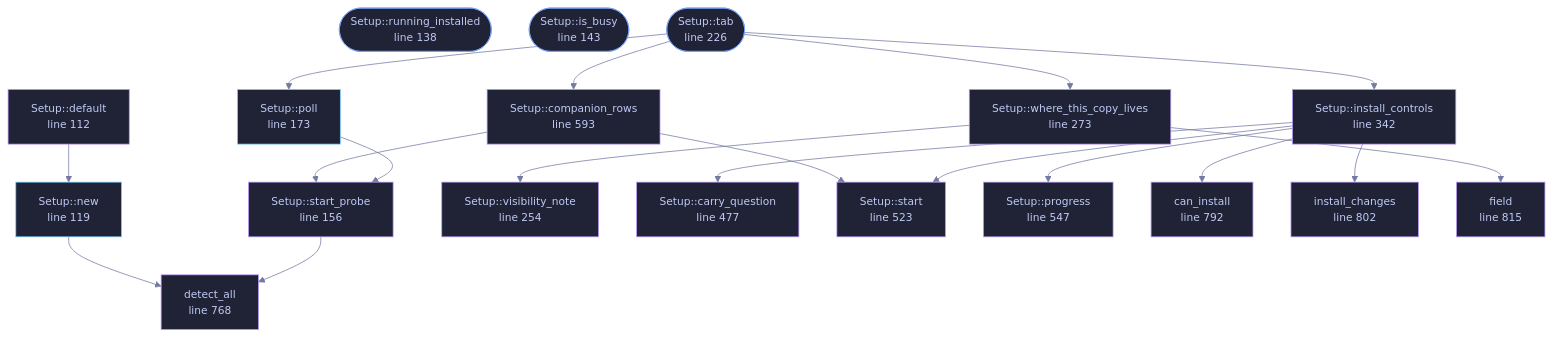
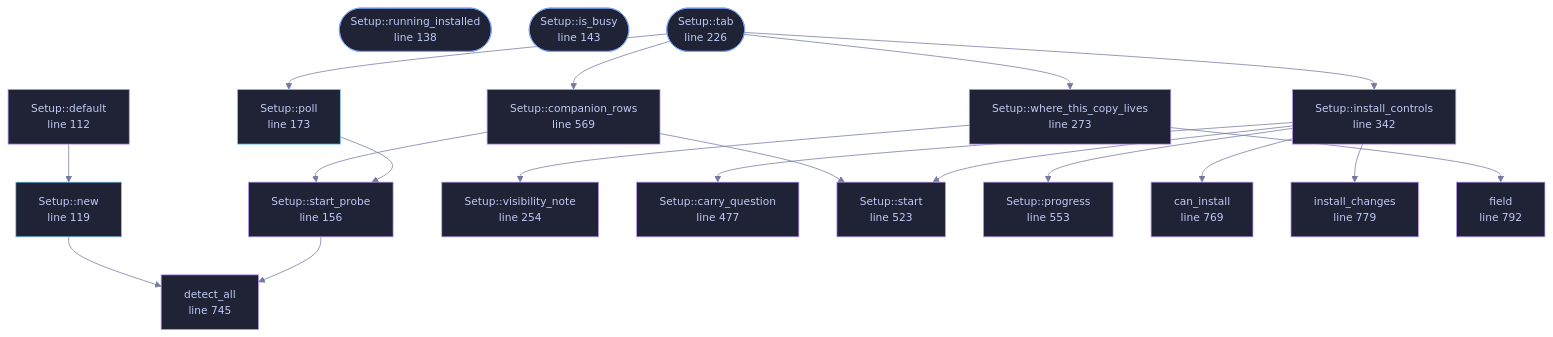
Before and after one commit to tilas01/veilvoice: the diagram in docs/files/veilvoice-gui/setup.md, drawn with Mermaid. The commit also changed other lines of this file and 92 other files, not shown here.

````diff
--- a/docs/files/veilvoice-gui/setup.md
+++ b/docs/files/veilvoice-gui/setup.md
@@ -113,63 +113,63 @@
 ```mermaid
 %%{init: {"theme":"base","themeVariables":{"background":"#1a1b26","primaryColor":"#1f2335","primaryTextColor":"#c0caf5","primaryBorderColor":"#7aa2f7","secondaryColor":"#16161e","tertiaryColor":"#16161e","lineColor":"#737aa2","textColor":"#c0caf5","mainBkg":"#1f2335","nodeBorder":"#7aa2f7","clusterBkg":"#16161e","clusterBorder":"#2f3549","fontFamily":"ui-monospace, SFMono-Regular, Consolas, monospace","fontSize":"14px"}}}%%
 flowchart TD
     n_default["Setup::default<br/>line 112"]
     n_new["Setup::new<br/>line 119"]
     n_running_installed(["Setup::running_installed<br/>line 138"])
     n_is_busy(["Setup::is_busy<br/>line 143"])
     n_start_probe["Setup::start_probe<br/>line 156"]
     n_poll["Setup::poll<br/>line 173"]
     n_tab(["Setup::tab<br/>line 226"])
     n_visibility_note["Setup::visibility_note<br/>line 254"]
     n_where_this_copy_lives["Setup::where_this_copy_lives<br/>line 273"]
     n_install_controls["Setup::install_controls<br/>line 342"]
     n_carry_question["Setup::carry_question<br/>line 477"]
     n_start["Setup::start<br/>line 523"]
-    n_progress["Setup::progress<br/>line 547"]
-    n_companion_rows["Setup::companion_rows<br/>line 593"]
-    n_detect_all["detect_all<br/>line 768"]
-    n_can_install["can_install<br/>line 792"]
-    n_install_changes["install_changes<br/>line 802"]
-    n_field["field<br/>line 815"]
+    n_progress["Setup::progress<br/>line 553"]
+    n_companion_rows["Setup::companion_rows<br/>line 569"]
+    n_detect_all["detect_all<br/>line 745"]
+    n_can_install["can_install<br/>line 769"]
+    n_install_changes["install_changes<br/>line 779"]
+    n_field["field<br/>line 792"]
     n_companion_rows --> n_start
     n_companion_rows --> n_start_probe
     n_default --> n_new
     n_install_controls --> n_can_install
     n_install_controls --> n_carry_question
     n_install_controls --> n_install_changes
     n_install_controls --> n_progress
     n_install_controls --> n_start
     n_new --> n_detect_all
     n_poll --> n_start_probe
     n_start_probe --> n_detect_all
     n_tab --> n_companion_rows
     n_tab --> n_install_controls
     n_tab --> n_poll
     n_tab --> n_where_this_copy_lives
     n_where_this_copy_lives --> n_field
     n_where_this_copy_lives --> n_visibility_note
     click n_default href "https://github.com/tilas01/veilvoice/blob/main/crates/veilvoice-gui/src/setup.rs#L112" "open the source"
     click n_new href "https://github.com/tilas01/veilvoice/blob/main/crates/veilvoice-gui/src/setup.rs#L119" "open the source"
     click n_running_installed href "https://github.com/tilas01/veilvoice/blob/main/crates/veilvoice-gui/src/setup.rs#L138" "open the source"
     click n_is_busy href "https://github.com/tilas01/veilvoice/blob/main/crates/veilvoice-gui/src/setup.rs#L143" "open the source"
     click n_start_probe href "https://github.com/tilas01/veilvoice/blob/main/crates/veilvoice-gui/src/setup.rs#L156" "open the source"
     click n_poll href "https://github.com/tilas01/veilvoice/blob/main/crates/veilvoice-gui/src/setup.rs#L173" "open the source"
     click n_tab href "https://github.com/tilas01/veilvoice/blob/main/crates/veilvoice-gui/src/setup.rs#L226" "open the source"
     click n_visibility_note href "https://github.com/tilas01/veilvoice/blob/main/crates/veilvoice-gui/src/setup.rs#L254" "open the source"
     click n_where_this_copy_lives href "https://github.com/tilas01/veilvoice/blob/main/crates/veilvoice-gui/src/setup.rs#L273" "open the source"
     click n_install_controls href "https://github.com/tilas01/veilvoice/blob/main/crates/veilvoice-gui/src/setup.rs#L342" "open the source"
     click n_carry_question href "https://github.com/tilas01/veilvoice/blob/main/crates/veilvoice-gui/src/setup.rs#L477" "open the source"
     click n_start href "https://github.com/tilas01/veilvoice/blob/main/crates/veilvoice-gui/src/setup.rs#L523" "open the source"
-    click n_progress href "https://github.com/tilas01/veilvoice/blob/main/crates/veilvoice-gui/src/setup.rs#L547" "open the source"
-    click n_companion_rows href "https://github.com/tilas01/veilvoice/blob/main/crates/veilvoice-gui/src/setup.rs#L593" "open the source"
-    click n_detect_all href "https://github.com/tilas01/veilvoice/blob/main/crates/veilvoice-gui/src/setup.rs#L768" "open the source"
-    click n_can_install href "https://github.com/tilas01/veilvoice/blob/main/crates/veilvoice-gui/src/setup.rs#L792" "open the source"
-    click n_install_changes href "https://github.com/tilas01/veilvoice/blob/main/crates/veilvoice-gui/src/setup.rs#L802" "open the source"
-    click n_field href "https://github.com/tilas01/veilvoice/blob/main/crates/veilvoice-gui/src/setup.rs#L815" "open the source"
+    click n_progress href "https://github.com/tilas01/veilvoice/blob/main/crates/veilvoice-gui/src/setup.rs#L553" "open the source"
+    click n_companion_rows href "https://github.com/tilas01/veilvoice/blob/main/crates/veilvoice-gui/src/setup.rs#L569" "open the source"
+    click n_detect_all href "https://github.com/tilas01/veilvoice/blob/main/crates/veilvoice-gui/src/setup.rs#L745" "open the source"
+    click n_can_install href "https://github.com/tilas01/veilvoice/blob/main/crates/veilvoice-gui/src/setup.rs#L769" "open the source"
+    click n_install_changes href "https://github.com/tilas01/veilvoice/blob/main/crates/veilvoice-gui/src/setup.rs#L779" "open the source"
+    click n_field href "https://github.com/tilas01/veilvoice/blob/main/crates/veilvoice-gui/src/setup.rs#L792" "open the source"
     classDef entry fill:#1f2335,stroke:#7aa2f7,color:#c0caf5
     class n_running_installed,n_is_busy,n_tab entry
     classDef api fill:#1f2335,stroke:#7dcfff,color:#c0caf5
     class n_new,n_poll api
     classDef helper fill:#1f2335,stroke:#bb9af7,color:#c0caf5
     class n_default,n_start_probe,n_visibility_note,n_where_this_copy_lives,n_install_controls,n_carry_question,n_start,n_progress,n_companion_rows,n_detect_all,n_can_install,n_install_changes,n_field helper
 ```
````
